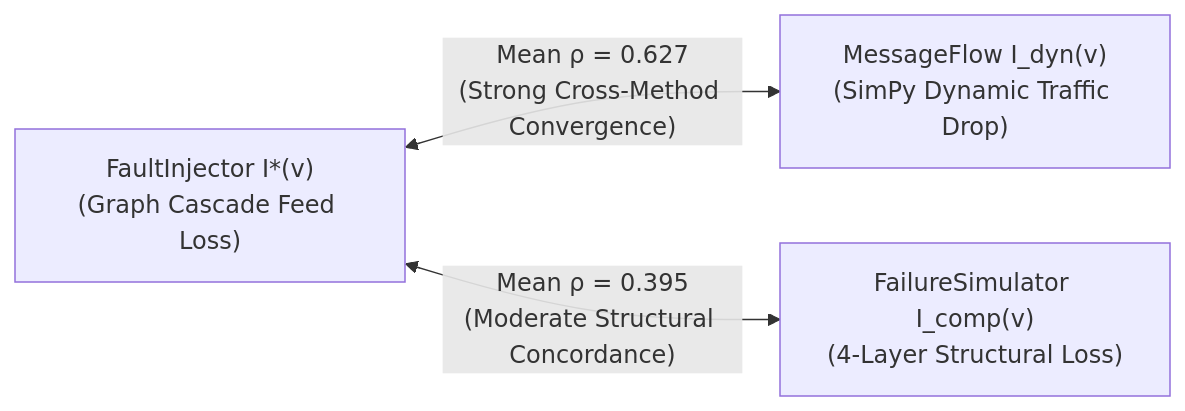
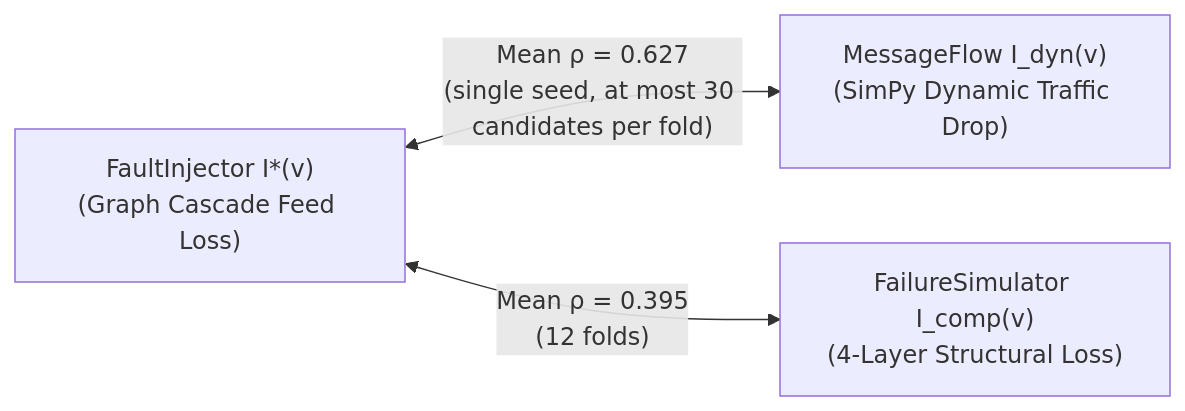
The third of 4 diagrams in docs/validation.md (onuralpyigit/software-as-a-graph), drawn with Mermaid before and after one commit. The commit also changed other lines of this file and 12 other files, not shown here.

````diff
--- a/docs/validation.md
+++ b/docs/validation.md
@@ -302,5 +302,5 @@
 ```mermaid
 flowchart LR
-    I_Star["FaultInjector I*(v)<br>(Graph Cascade Feed Loss)"] <-->|"Mean ρ = 0.627<br>(Strong Cross-Method Convergence)"| I_Dyn["MessageFlow I_dyn(v)<br>(SimPy Dynamic Traffic Drop)"]
-    I_Star <-->|"Mean ρ = 0.395<br>(Moderate Structural Concordance)"| I_Comp["FailureSimulator I_comp(v)<br>(4-Layer Structural Loss)"]
+    I_Star["FaultInjector I*(v)<br>(Graph Cascade Feed Loss)"] <-->|"Mean ρ = 0.627<br>(single seed, at most 30 candidates per fold)"| I_Dyn["MessageFlow I_dyn(v)<br>(SimPy Dynamic Traffic Drop)"]
+    I_Star <-->|"Mean ρ = 0.395<br>(12 folds)"| I_Comp["FailureSimulator I_comp(v)<br>(4-Layer Structural Loss)"]
 ```
````
